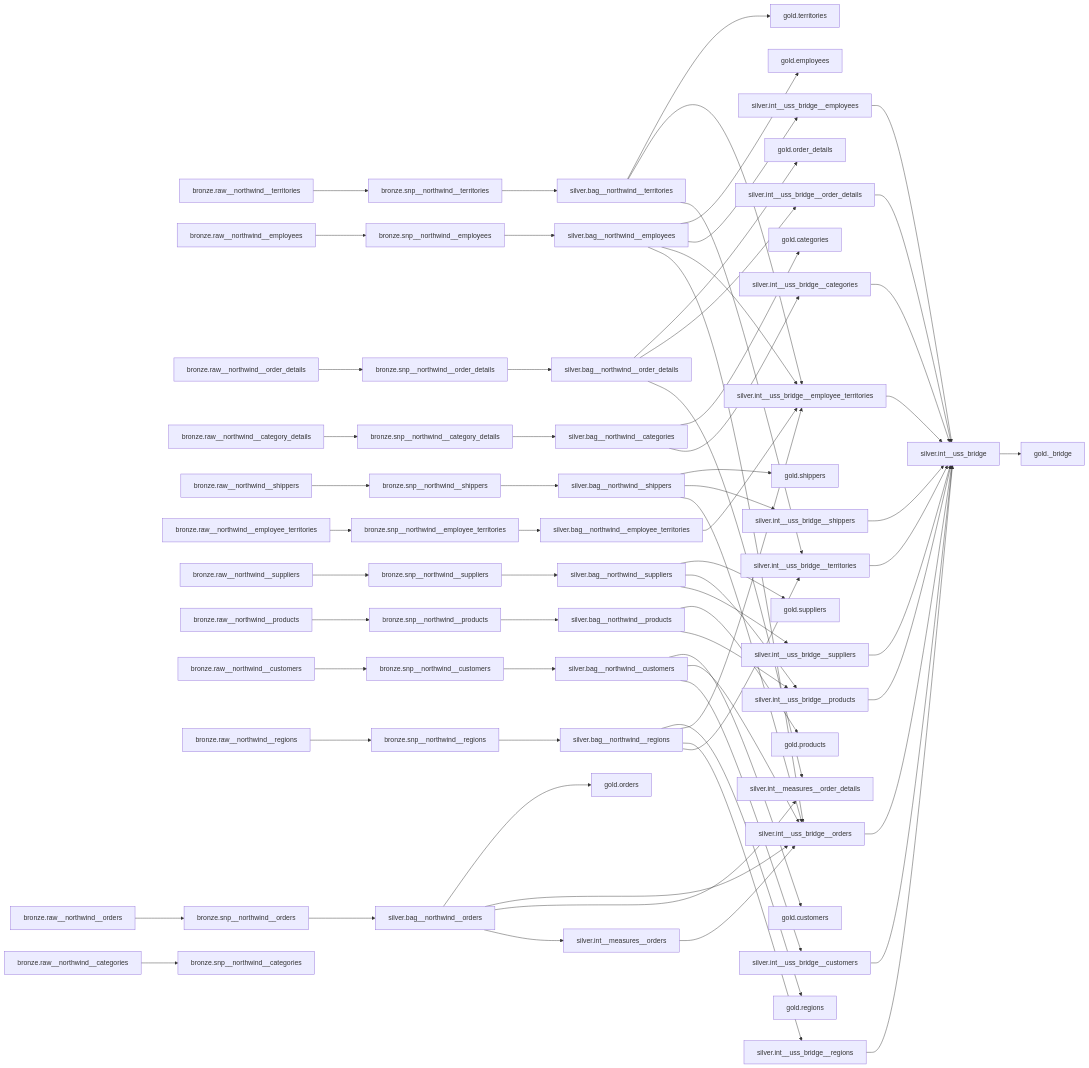
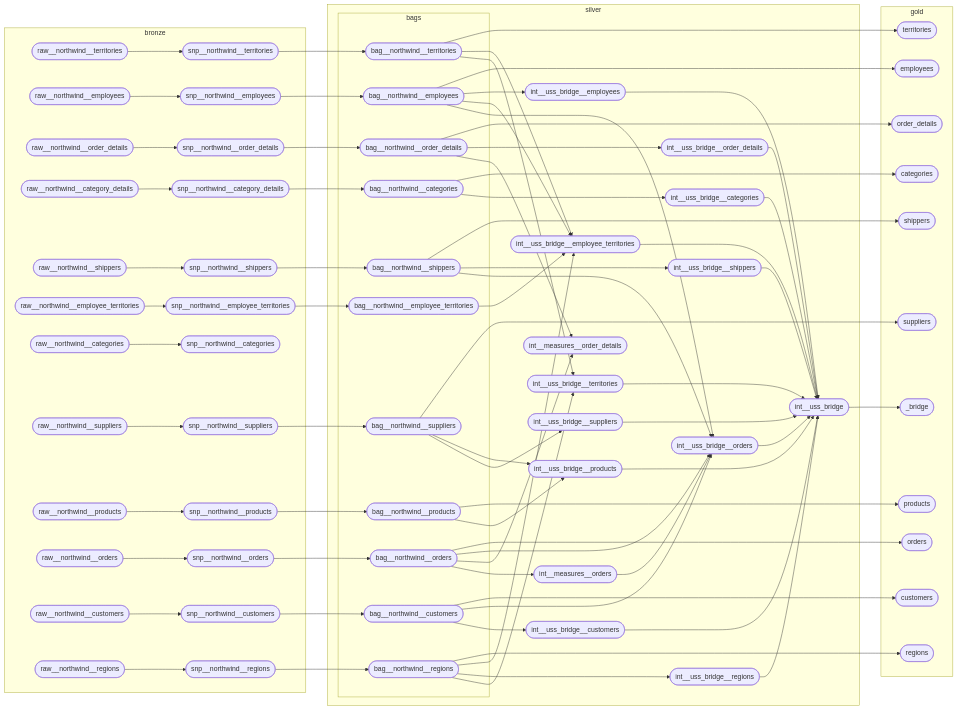
Before and after one commit to mattiasthalen/obsidian-insights: the second of 5 diagrams in README.md, drawn with Mermaid.

Commit message:
Group lineage nodes

````diff
--- a/README.md
+++ b/README.md
@@ -112,74 +112,86 @@
 ```mermaid
 flowchart LR
-    %% Bronze Layer Raw Tables
-    raw_territories["bronze.raw__northwind__territories"]
-    raw_employees["bronze.raw__northwind__employees"]
-    raw_order_details["bronze.raw__northwind__order_details"]
-    raw_category_details["bronze.raw__northwind__category_details"]
-    raw_shippers["bronze.raw__northwind__shippers"]
-    raw_employee_territories["bronze.raw__northwind__employee_territories"]
-    raw_categories["bronze.raw__northwind__categories"]
-    raw_suppliers["bronze.raw__northwind__suppliers"]
-    raw_products["bronze.raw__northwind__products"]
-    raw_orders["bronze.raw__northwind__orders"]
-    raw_customers["bronze.raw__northwind__customers"]
-    raw_regions["bronze.raw__northwind__regions"]
+    %% Bronze Schema
+    subgraph bronze[bronze]
+        %% Raw Tables
+        raw_territories(["raw__northwind__territories"])
+        raw_employees(["raw__northwind__employees"])
+        raw_order_details(["raw__northwind__order_details"])
+        raw_category_details(["raw__northwind__category_details"])
+        raw_shippers(["raw__northwind__shippers"])
+        raw_employee_territories(["raw__northwind__employee_territories"])
+        raw_categories(["raw__northwind__categories"])
+        raw_suppliers(["raw__northwind__suppliers"])
+        raw_products(["raw__northwind__products"])
+        raw_orders(["raw__northwind__orders"])
+        raw_customers(["raw__northwind__customers"])
+        raw_regions(["raw__northwind__regions"])
 
-    %% Bronze Layer Snapshot Tables
-    snp_territories["bronze.snp__northwind__territories"]
-    snp_employees["bronze.snp__northwind__employees"]
-    snp_order_details["bronze.snp__northwind__order_details"]
-    snp_category_details["bronze.snp__northwind__category_details"]
-    snp_shippers["bronze.snp__northwind__shippers"]
-    snp_employee_territories["bronze.snp__northwind__employee_territories"]
-    snp_categories["bronze.snp__northwind__categories"]
-    snp_suppliers["bronze.snp__northwind__suppliers"]
-    snp_products["bronze.snp__northwind__products"]
-    snp_orders["bronze.snp__northwind__orders"]
-    snp_customers["bronze.snp__northwind__customers"]
-    snp_regions["bronze.snp__northwind__regions"]
+        %% Snapshot Tables
+        snp_territories(["snp__northwind__territories"])
+        snp_employees(["snp__northwind__employees"])
+        snp_order_details(["snp__northwind__order_details"])
+        snp_category_details(["snp__northwind__category_details"])
+        snp_shippers(["snp__northwind__shippers"])
+        snp_employee_territories(["snp__northwind__employee_territories"])
+        snp_categories(["snp__northwind__categories"])
+        snp_suppliers(["snp__northwind__suppliers"])
+        snp_products(["snp__northwind__products"])
+        snp_orders(["snp__northwind__orders"])
+        snp_customers(["snp__northwind__customers"])
+        snp_regions(["snp__northwind__regions"])
+    end
 
-    %% Silver Layer BAG Tables
-    bag_orders["silver.bag__northwind__orders"]
-    bag_regions["silver.bag__northwind__regions"]
-    bag_territories["silver.bag__northwind__territories"]
-    bag_customers["silver.bag__northwind__customers"]
-    bag_products["silver.bag__northwind__products"]
-    bag_categories["silver.bag__northwind__categories"]
-    bag_suppliers["silver.bag__northwind__suppliers"]
-    bag_shippers["silver.bag__northwind__shippers"]
-    bag_employees["silver.bag__northwind__employees"]
-    bag_employee_territories["silver.bag__northwind__employee_territories"]
-    bag_order_details["silver.bag__northwind__order_details"]
+    %% Silver Schema
+    subgraph silver[silver]
 
-    %% Silver Layer Integration Tables
-    int_uss_bridge["silver.int__uss_bridge"]
-    int_measures_orders["silver.int__measures__orders"]
-    int_measures_order_details["silver.int__measures__order_details"]
-    int_uss_bridge_territories["silver.int__uss_bridge__territories"]
-    int_uss_bridge_customers["silver.int__uss_bridge__customers"]
-    int_uss_bridge_regions["silver.int__uss_bridge__regions"]
-    int_uss_bridge_categories["silver.int__uss_bridge__categories"]
-    int_uss_bridge_suppliers["silver.int__uss_bridge__suppliers"]
-    int_uss_bridge_products["silver.int__uss_bridge__products"]
-    int_uss_bridge_orders["silver.int__uss_bridge__orders"]
-    int_uss_bridge_shippers["silver.int__uss_bridge__shippers"]
-    int_uss_bridge_employee_territories["silver.int__uss_bridge__employee_territories"]
-    int_uss_bridge_order_details["silver.int__uss_bridge__order_details"]
-    int_uss_bridge_employees["silver.int__uss_bridge__employees"]
+        %% BAG Tables
+        subgraph bags
+            bag_orders(["bag__northwind__orders"])
+            bag_regions(["bag__northwind__regions"])
+            bag_territories(["bag__northwind__territories"])
+            bag_customers(["bag__northwind__customers"])
+            bag_products(["bag__northwind__products"])
+            bag_categories(["bag__northwind__categories"])
+            bag_suppliers(["bag__northwind__suppliers"])
+            bag_shippers(["bag__northwind__shippers"])
+            bag_employees(["bag__northwind__employees"])
+            bag_employee_territories(["bag__northwind__employee_territories"])
+            bag_order_details(["bag__northwind__order_details"])
+        end
 
-    %% Gold Layer Tables
-    gold_suppliers["gold.suppliers"]
-    gold_products["gold.products"]
-    gold_regions["gold.regions"]
-    gold_categories["gold.categories"]
-    gold_customers["gold.customers"]
-    gold_orders["gold.orders"]
-    gold_employees["gold.employees"]
-    gold_order_details["gold.order_details"]
-    gold_bridge["gold._bridge"]
-    gold_shippers["gold.shippers"]
-    gold_territories["gold.territories"]
+        %% Integration Tables
+        int_uss_bridge(["int__uss_bridge"])
+        int_measures_orders(["int__measures__orders"])
+        int_measures_order_details(["int__measures__order_details"])
+        int_uss_bridge_territories(["int__uss_bridge__territories"])
+        int_uss_bridge_customers(["int__uss_bridge__customers"])
+        int_uss_bridge_regions(["int__uss_bridge__regions"])
+        int_uss_bridge_categories(["int__uss_bridge__categories"])
+        int_uss_bridge_suppliers(["int__uss_bridge__suppliers"])
+        int_uss_bridge_products(["int__uss_bridge__products"])
+        int_uss_bridge_orders(["int__uss_bridge__orders"])
+        int_uss_bridge_shippers(["int__uss_bridge__shippers"])
+        int_uss_bridge_employee_territories(["int__uss_bridge__employee_territories"])
+        int_uss_bridge_order_details(["int__uss_bridge__order_details"])
+        int_uss_bridge_employees(["int__uss_bridge__employees"])
+
+    end
+
+    %% Gold Schema
+    subgraph gold[gold]
+        gold_suppliers(["suppliers"])
+        gold_products(["products"])
+        gold_regions(["regions"])
+        gold_categories(["categories"])
+        gold_customers(["customers"])
+        gold_orders(["orders"])
+        gold_employees(["employees"])
+        gold_order_details(["order_details"])
+        gold_bridge(["_bridge"])
+        gold_shippers(["shippers"])
+        gold_territories(["territories"])
+    end
 
     %% Bronze Layer Relationships
     raw_territories --> snp_territories
@@ -208,7 +220,7 @@
     snp_employee_territories --> bag_employee_territories
     snp_order_details --> bag_order_details
 
-    %% Silver Layer Internal Relationships
+    %% Silver Layer Intermediate Relationships
     bag_orders --> int_measures_orders
     bag_order_details --> int_measures_order_details
     bag_orders --> int_measures_order_details
````
